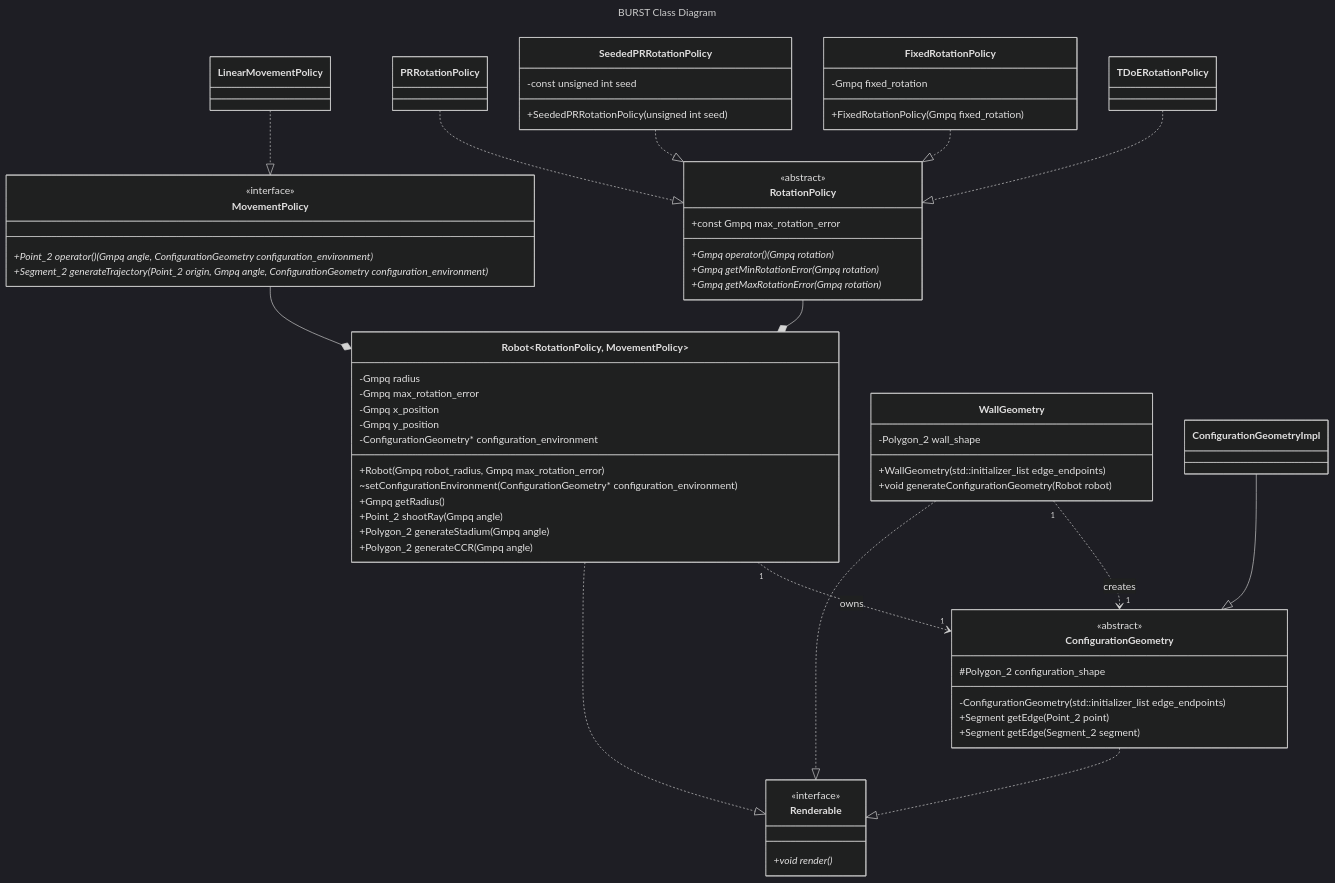
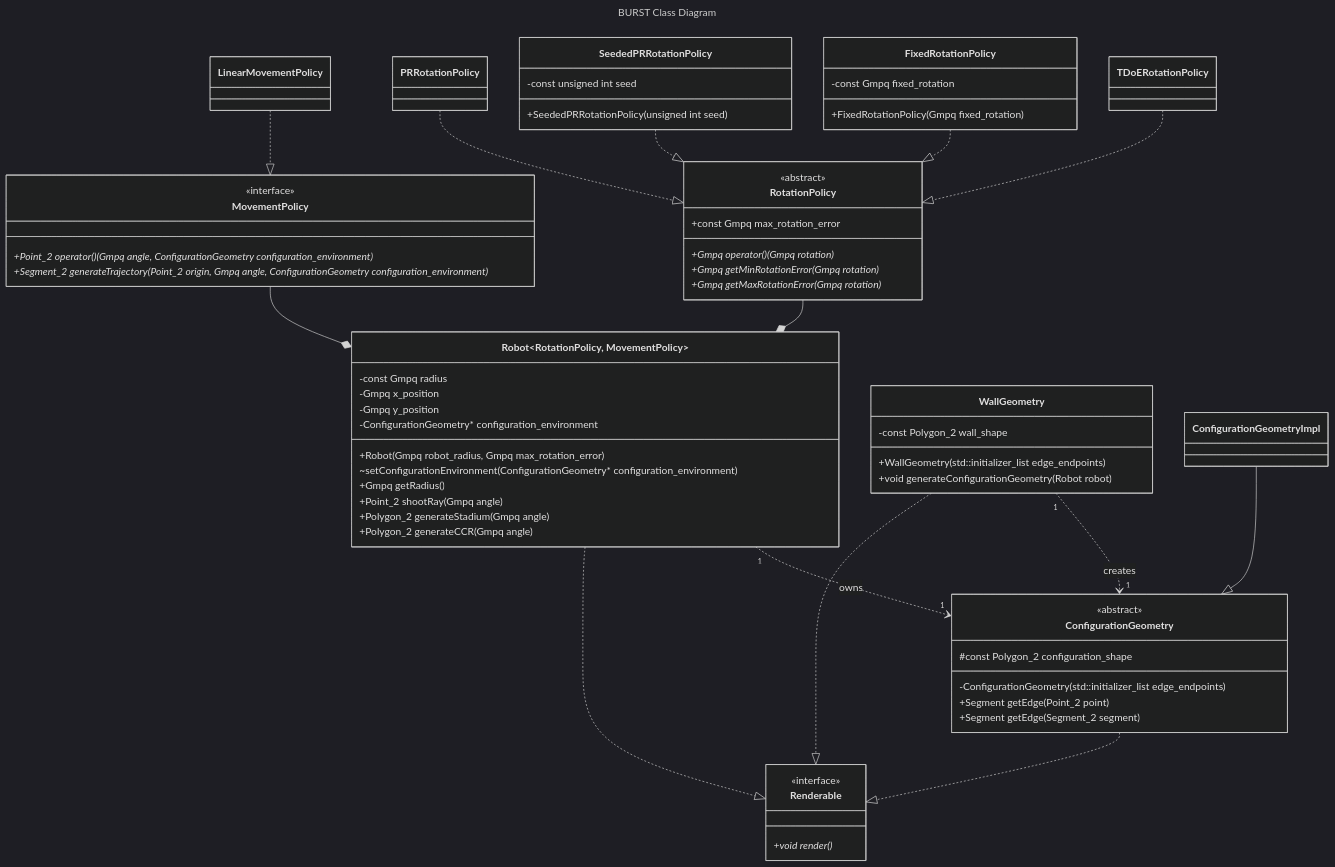
Before and after one commit to KedarPanchal/DAIR-BURST: the diagram in docs/DESIGN.md, drawn with Mermaid (dark theme).

Commit message:
Add const types

```diff
--- a/docs/DESIGN.md
+++ b/docs/DESIGN.md
@@ -37,7 +37,7 @@
     SeededPRRotationPolicy ..|> RotationPolicy
 
     class FixedRotationPolicy {
-        -Gmpq fixed_rotation
+        -const Gmpq fixed_rotation
         +FixedRotationPolicy(Gmpq fixed_rotation)
     }
     FixedRotationPolicy ..|> RotationPolicy
@@ -60,8 +60,7 @@
     <<interface>> Renderable
 
     class Robot~RotationPolicy, MovementPolicy~ {
-        -Gmpq radius
-        -Gmpq max_rotation_error
+        -const Gmpq radius
         -Gmpq x_position
         -Gmpq y_position
         -ConfigurationGeometry* configuration_environment
@@ -78,14 +77,14 @@
     RotationPolicy --* Robot
 
     class WallGeometry {
-        -Polygon_2 wall_shape
+        -const Polygon_2 wall_shape
         +WallGeometry(std::initializer_list<Point_2> edge_endpoints)
         +void generateConfigurationGeometry(Robot robot)
     }
     WallGeometry ..|> Renderable
 
     class ConfigurationGeometry {
-        #Polygon_2 configuration_shape
+        #const Polygon_2 configuration_shape
         -ConfigurationGeometry(std::initializer_list<Point_2> edge_endpoints)
         +Segment getEdge(Point_2 point)
         +Segment getEdge(Segment_2 segment)
```
